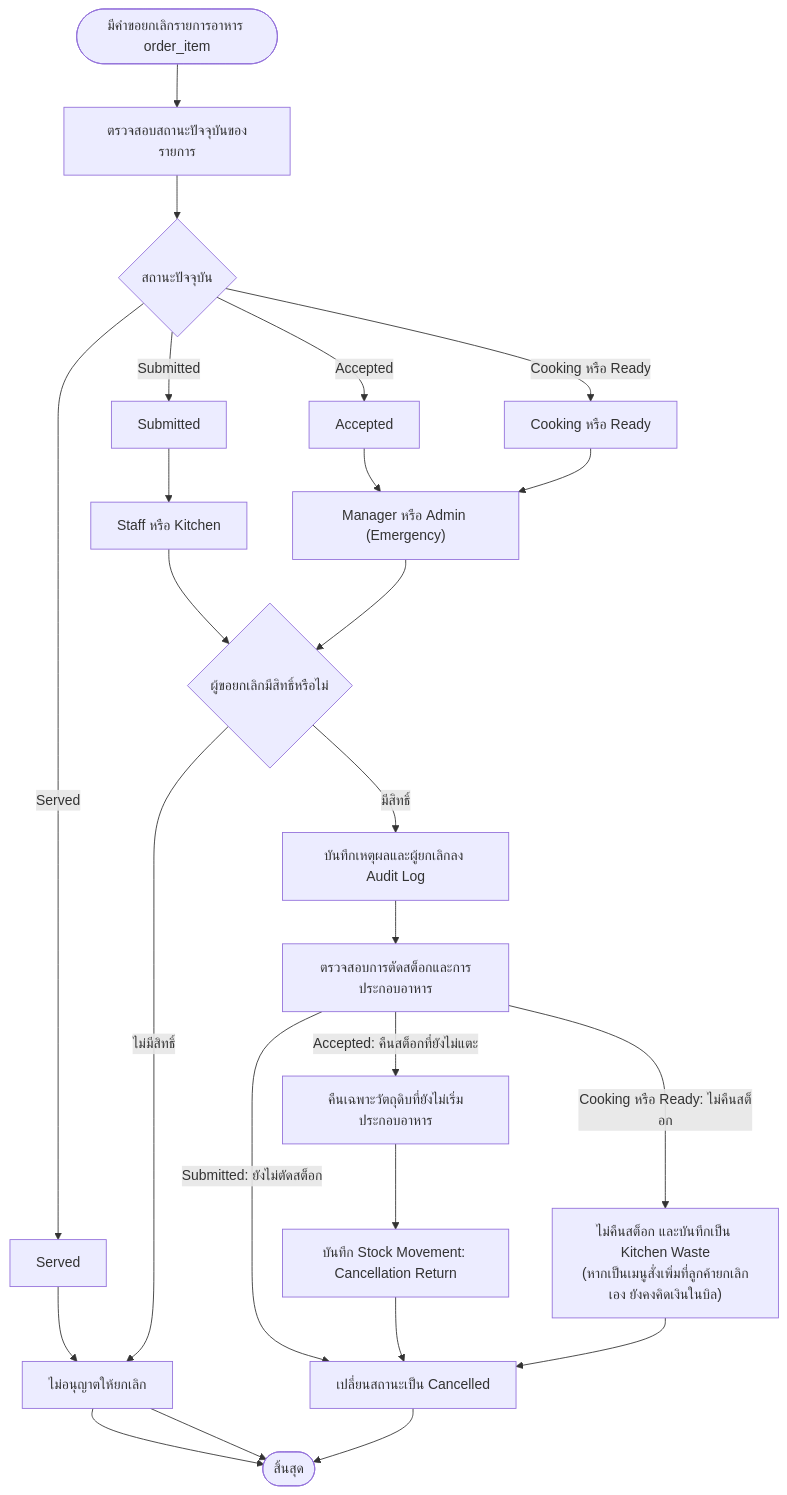
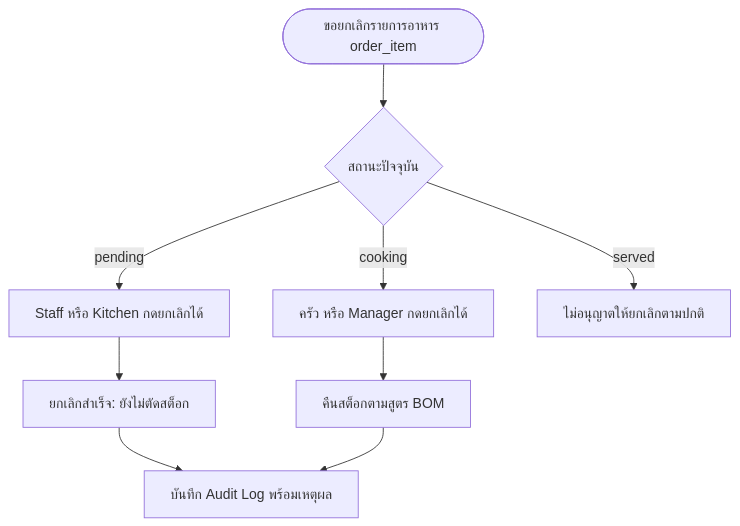
One commit to vvelr-sys/KURO changed the second of 3 diagrams in docs/01-requirements/SRS.md. Above: the diagram before and after it, drawn with Mermaid. The commit also changed other lines of this file and 7 other files, not shown here.

````diff
--- a/docs/01-requirements/SRS.md
+++ b/docs/01-requirements/SRS.md
@@ -724,35 +167,9 @@
-``` mermaid
+```mermaid
 flowchart TD
-    A([มีคำขอยกเลิกรายการอาหาร order_item])
-    B["ตรวจสอบสถานะปัจจุบันของรายการ"]
-    C{"สถานะปัจจุบัน"}
-    D["Submitted"]
-    E["Accepted"]
-    F["Cooking หรือ Ready"]
-    G["Served"]
-    H{"ผู้ขอยกเลิกมีสิทธิ์หรือไม่"}
-    I["Staff หรือ Kitchen"]
-    J["Manager หรือ Admin (Emergency)"]
-    K["ไม่อนุญาตให้ยกเลิก"]
-    L["บันทึกเหตุผลและผู้ยกเลิกลง Audit Log"]
-    M["ตรวจสอบการตัดสต็อกและการประกอบอาหาร"]
-    N["คืนเฉพาะวัตถุดิบที่ยังไม่เริ่มประกอบอาหาร"]
-    O["ไม่คืนสต็อก และบันทึกเป็น Kitchen Waste\n(หากเป็นเมนูสั่งเพิ่มที่ลูกค้ายกเลิกเอง ยังคงคิดเงินในบิล)"]
-    P["บันทึก Stock Movement: Cancellation Return"]
-    Q["เปลี่ยนสถานะเป็น Cancelled"]
-    R([สิ้นสุด])
-
-    A --> B --> C
-    C -->|Submitted| D --> I
-    C -->|Accepted| E --> J
-    C -->|Cooking หรือ Ready| F --> J
-    C -->|Served| G --> K --> R
-    I --> H
-    J --> H
-    H -->|ไม่มีสิทธิ์| K --> R
-    H -->|มีสิทธิ์| L --> M
-    M -->|Submitted: ยังไม่ตัดสต็อก| Q
-    M -->|Accepted: คืนสต็อกที่ยังไม่แตะ| N --> P --> Q
-    M -->|Cooking หรือ Ready: ไม่คืนสต็อก| O --> Q
-    Q --> R
+    REQ([ขอยกเลิกรายการอาหาร order_item]) --> CHK{สถานะปัจจุบัน}
+    CHK -->|pending| C1[Staff หรือ Kitchen กดยกเลิกได้] --> R1[ยกเลิกสำเร็จ: ยังไม่ตัดสต็อก]
+    CHK -->|cooking| C2[ครัว หรือ Manager กดยกเลิกได้] --> R2[คืนสต็อกตามสูตร BOM]
+    CHK -->|served| C3[ไม่อนุญาตให้ยกเลิกตามปกติ]
+    R1 --> LOG[บันทึก Audit Log พร้อมเหตุผล]
+    R2 --> LOG
 ```
````
